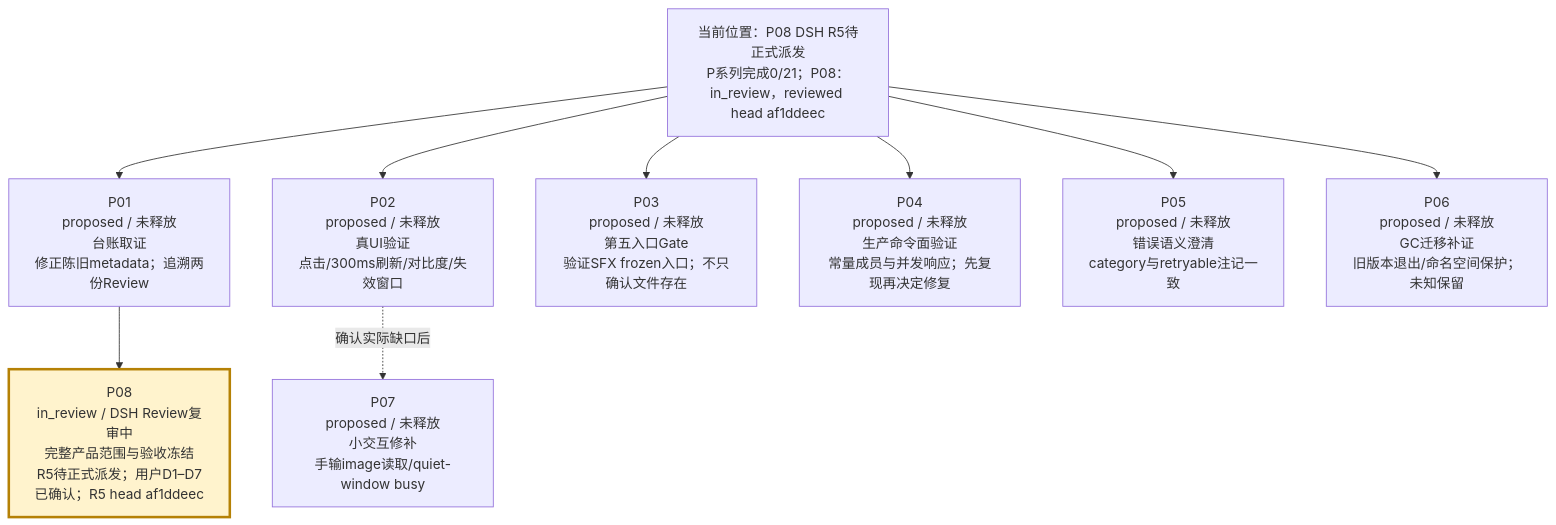
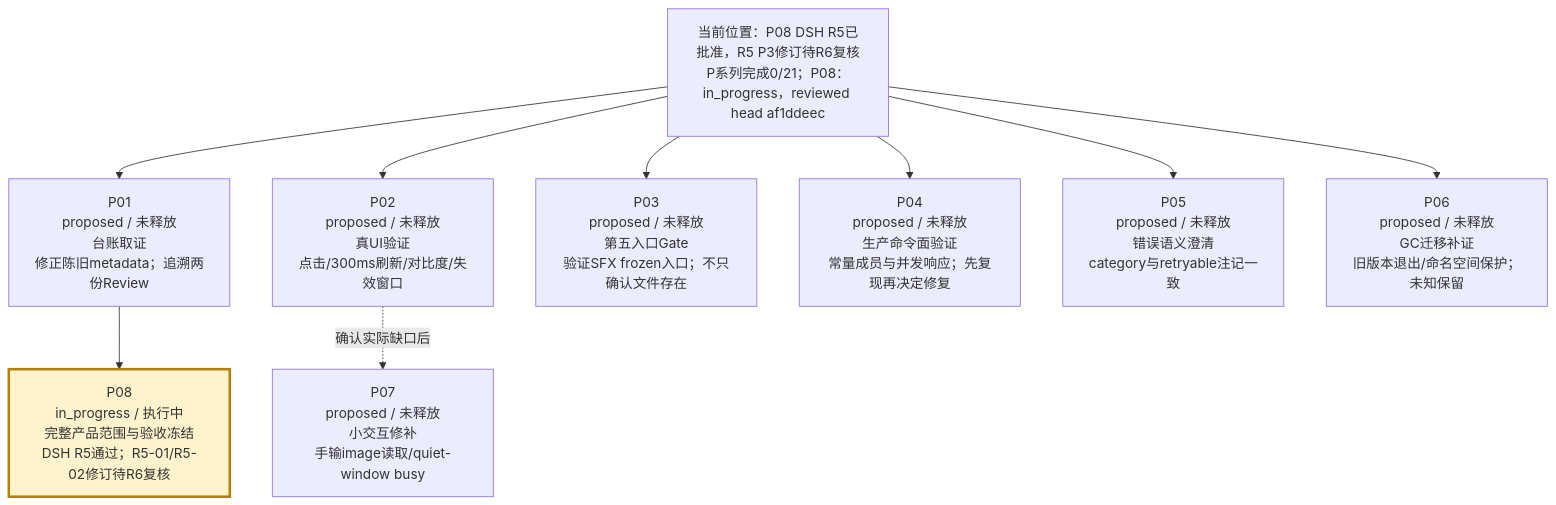
The second of 4 diagrams in verification/PROJECT-ROADMAP-20261008/ROADMAP.md (peakwheat-pixel/New-Manga), drawn with Mermaid before and after one commit. The commit also changed other lines of this file and 13 other files, not shown here.

````diff
--- a/verification/PROJECT-ROADMAP-20261008/ROADMAP.md
+++ b/verification/PROJECT-ROADMAP-20261008/ROADMAP.md
@@ -30,12 +30,12 @@
 ```mermaid
 flowchart TB
-  BASE["当前位置：P08 DSH R5待正式派发<br/>P系列完成0/21；P08：in_review，reviewed head af1ddeec"] --> P01["P01<br/>proposed / 未释放<br/>台账取证<br/>修正陈旧metadata；追溯两份Review"]
+  BASE["当前位置：P08 DSH R5已批准，R5 P3修订待R6复核<br/>P系列完成0/21；P08：in_progress，reviewed head af1ddeec"] --> P01["P01<br/>proposed / 未释放<br/>台账取证<br/>修正陈旧metadata；追溯两份Review"]
   BASE --> P02["P02<br/>proposed / 未释放<br/>真UI验证<br/>点击/300ms刷新/对比度/失效窗口"]
   BASE --> P03["P03<br/>proposed / 未释放<br/>第五入口Gate<br/>验证SFX frozen入口；不只确认文件存在"]
   BASE --> P04["P04<br/>proposed / 未释放<br/>生产命令面验证<br/>常量成员与并发响应；先复现再决定修复"]
   BASE --> P05["P05<br/>proposed / 未释放<br/>错误语义澄清<br/>category与retryable注记一致"]
   BASE --> P06["P06<br/>proposed / 未释放<br/>GC迁移补证<br/>旧版本退出/命名空间保护；未知保留"]
   P02 -. "确认实际缺口后" .-> P07["P07<br/>proposed / 未释放<br/>小交互修补<br/>手输image读取/quiet-window busy"]
-  P01 --> P08["P08<br/>in_review / DSH Review复审中<br/>完整产品范围与验收冻结<br/>R5待正式派发；用户D1–D7已确认；R5 head af1ddeec"]
+  P01 --> P08["P08<br/>in_progress / 执行中<br/>完整产品范围与验收冻结<br/>DSH R5通过；R5-01/R5-02修订待R6复核"]
   style P08 fill:#fff3cd,stroke:#b58105,stroke-width:3px
 ```
````
